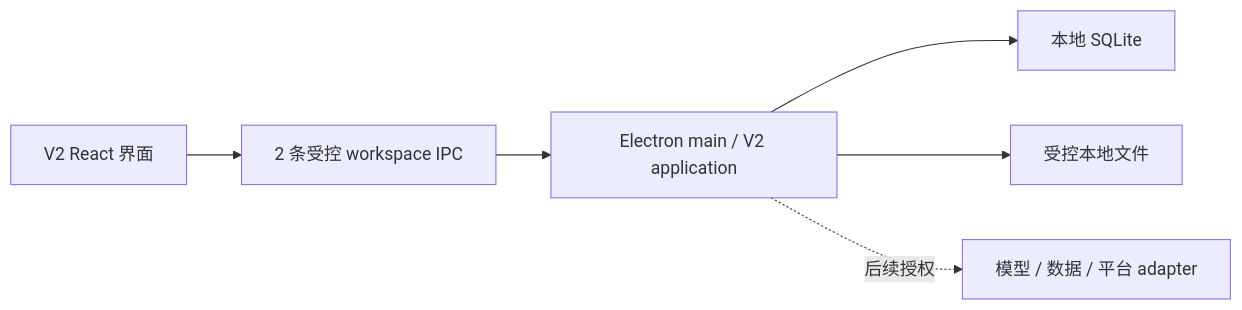
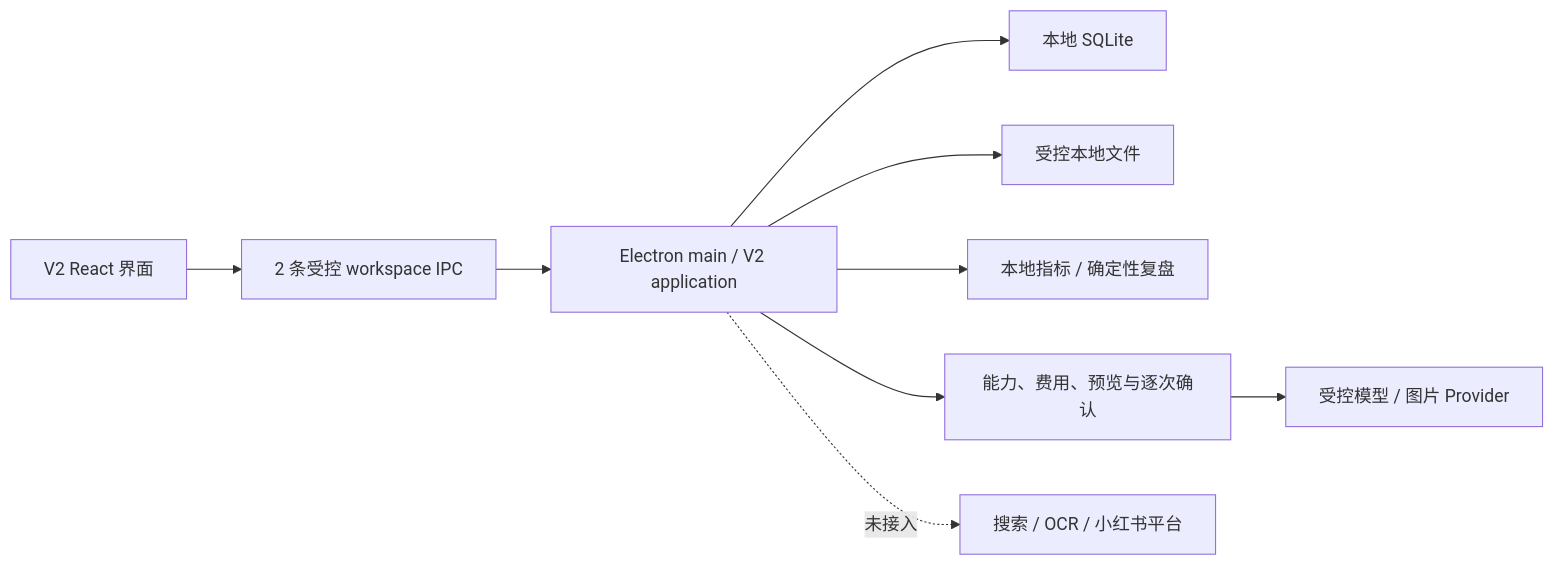
Before and after one commit to KAtOReNA7/Rednote-Automated-Operation-Tool: the diagram in README.md, drawn with Mermaid. The commit also changed other lines of this file and 1 other file, not shown here.

````diff
--- a/README.md
+++ b/README.md
@@ -117,8 +118,11 @@
 ```mermaid
 flowchart LR
     UI["V2 React 界面"] --> IPC["2 条受控 workspace IPC"]
     IPC --> APP["Electron main / V2 application"]
     APP --> DB["本地 SQLite"]
     APP --> FILES["受控本地文件"]
-    APP -. 后续授权 .-> ADAPTERS["模型 / 数据 / 平台 adapter"]
+    APP --> REVIEW["本地指标 / 确定性复盘"]
+    APP --> CONTROL["能力、费用、预览与逐次确认"]
+    CONTROL --> PROVIDERS["受控模型 / 图片 Provider"]
+    APP -. 未接入 .-> PLATFORM["搜索 / OCR / 小红书平台"]
 ```
````
